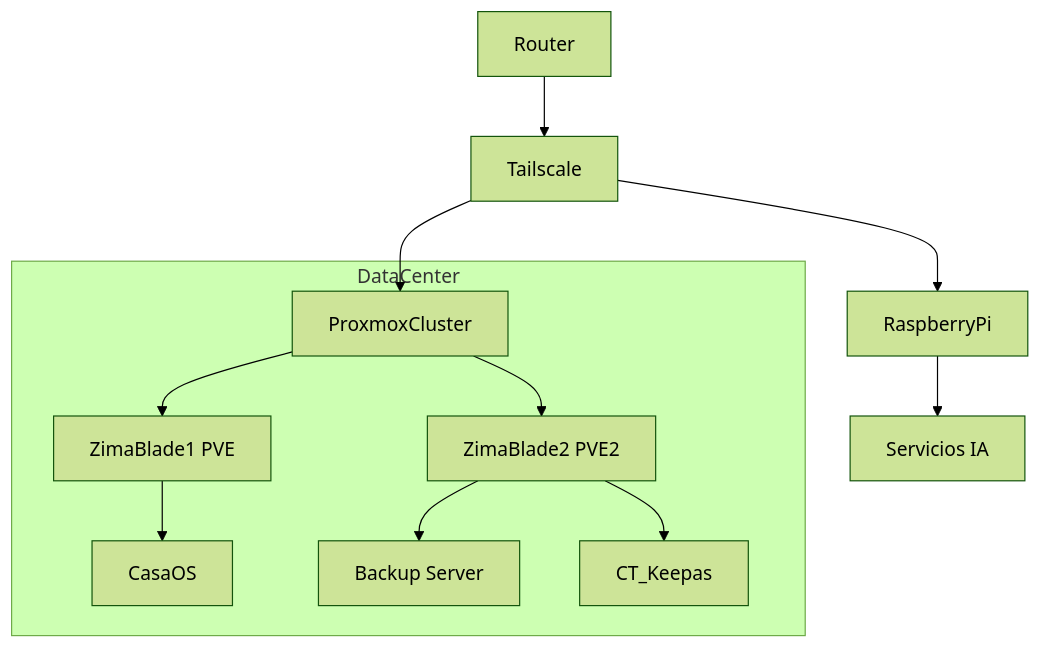
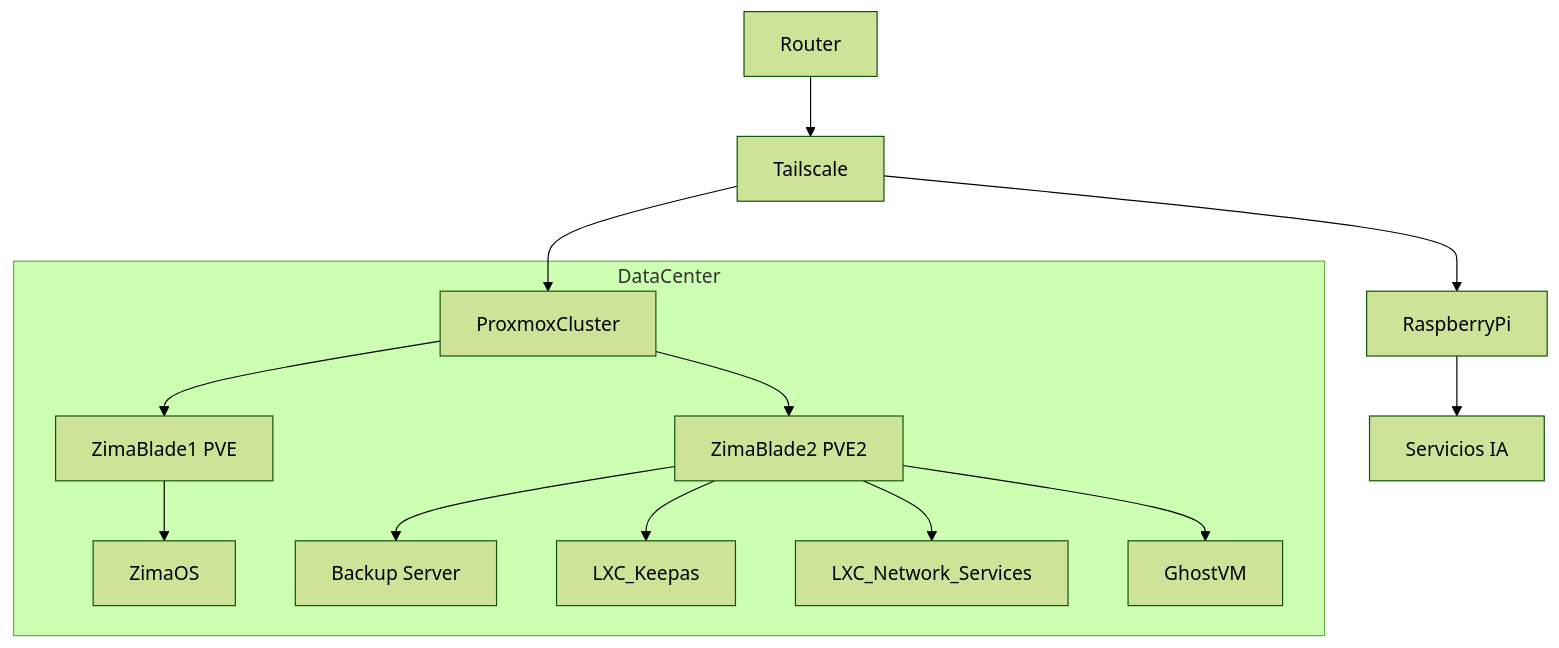
Before and after one commit to mateorzan/HOMELAB: the diagram in README.md, drawn with Mermaid (forest theme). The commit also changed other lines of this file and 8 other files, not shown here.

Commit message:
Migracion CasaOS a ZimaOS - Mejoras en la documentación y tutoriales

````diff
--- a/README.md
+++ b/README.md
@@ -37,17 +37,17 @@
 ```mermaid
 graph TD
-
     Router --> Tailscale
     Tailscale --> ProxmoxCluster
     Tailscale --> RaspberryPi
 
     subgraph DataCenter
         ProxmoxCluster --> Nodo1[ZimaBlade1 PVE]
         ProxmoxCluster --> Nodo2[ZimaBlade2 PVE2]
-        Nodo1 --> CasaOS
+        Nodo1 --> ZimaOS
         Nodo2 --> PBS[Backup Server]
- Nodo2 --> CT_Keepas
+  Nodo2 --> LXC_Keepas
+ Nodo2 --> LXC_Network_Services
+ Nodo2 --> GhostVM
     end
-
     RaspberryPi --> IA[Servicios IA]
 ```
````
